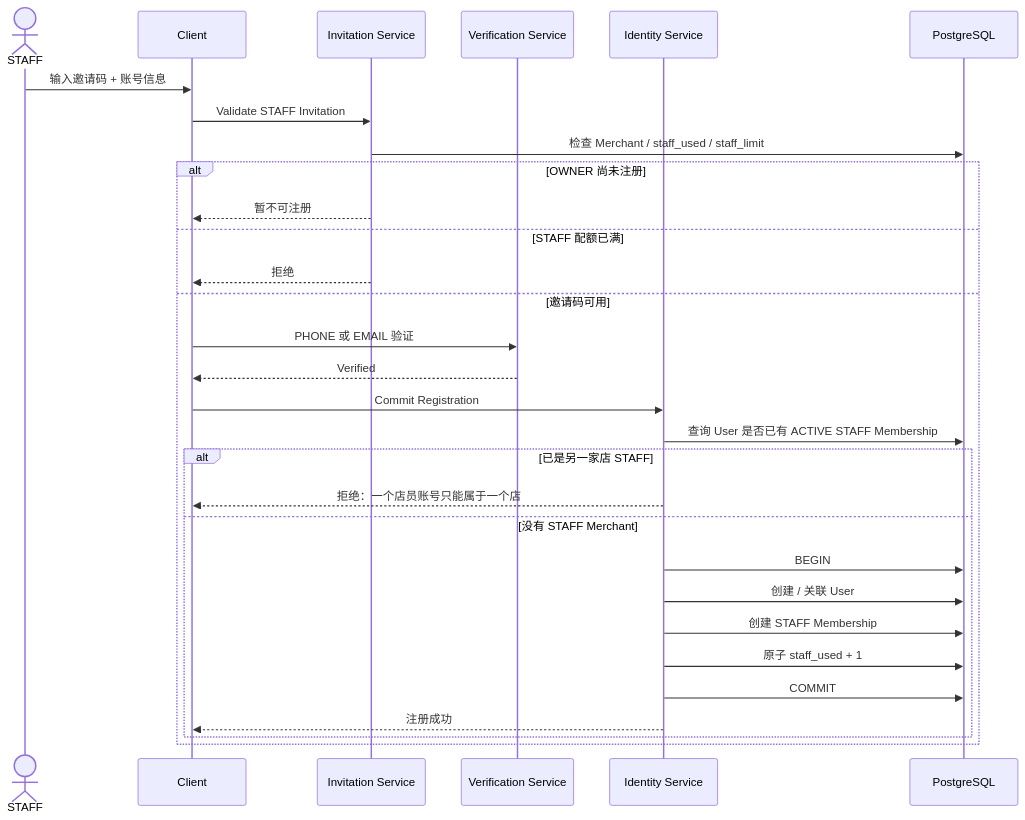
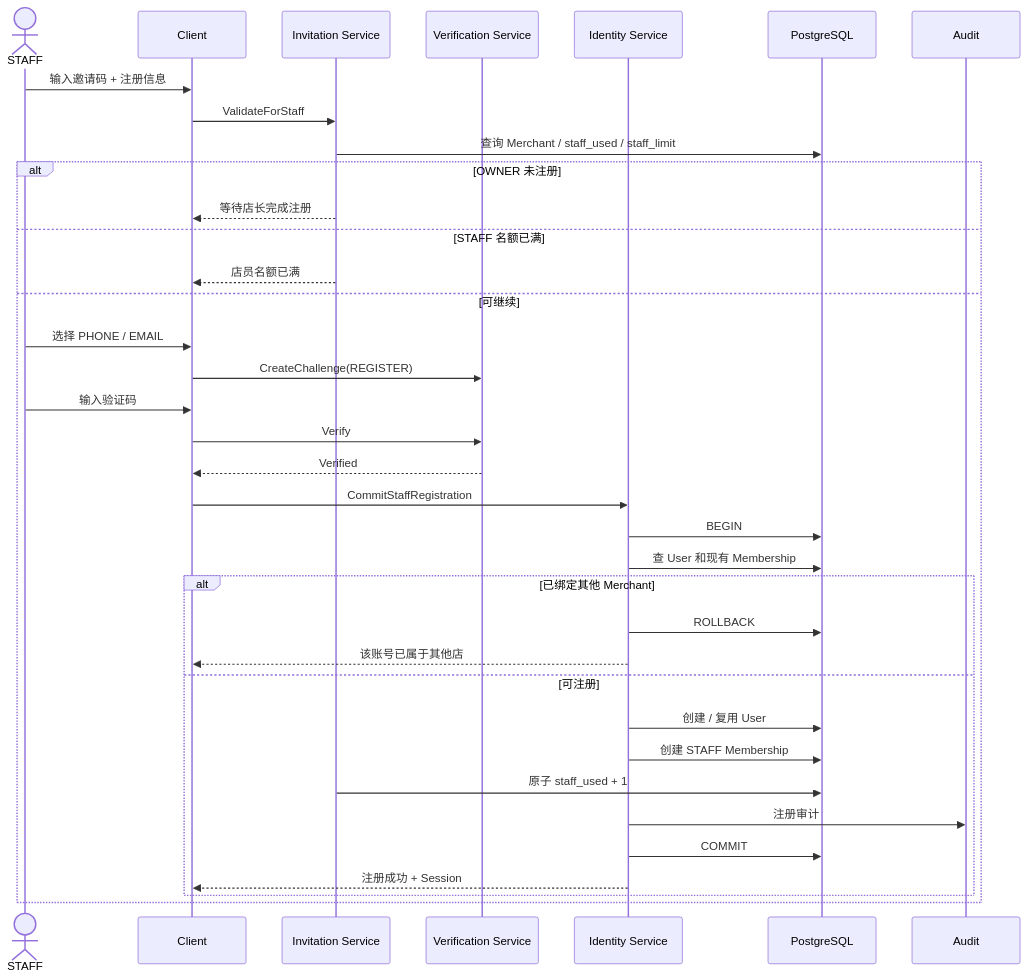
One commit to sxyq/mastergoods changed the fourth of 5 diagrams in docs/system-design/01-账户与身份/01-注册与邀请码.md. Above: the diagram before and after it, drawn with Mermaid. The commit also changed other lines of this file and 4 other files, not shown here.

````diff
--- a/docs/system-design/01-账户与身份/01-注册与邀请码.md
+++ b/docs/system-design/01-账户与身份/01-注册与邀请码.md
@@ -39,35 +127,42 @@
 ```mermaid
 sequenceDiagram
     actor S as STAFF
     participant C as Client
     participant INV as Invitation Service
     participant VERIFY as Verification Service
     participant IAM as Identity Service
     participant DB as PostgreSQL
+    participant AUDIT as Audit
 
-    S->>C: 输入邀请码 + 账号信息
-    C->>INV: Validate STAFF Invitation
-    INV->>DB: 检查 Merchant / staff_used / staff_limit
+    S->>C: 输入邀请码 + 注册信息
+    C->>INV: ValidateForStaff
+    INV->>DB: 查询 Merchant / staff_used / staff_limit
 
-    alt OWNER 尚未注册
-        INV-->>C: 暂不可注册
-    else STAFF 配额已满
-        INV-->>C: 拒绝
-    else 邀请码可用
-        C->>VERIFY: PHONE 或 EMAIL 验证
+    alt OWNER 未注册
+        INV-->>C: 等待店长完成注册
+    else STAFF 名额已满
+        INV-->>C: 店员名额已满
+    else 可继续
+        S->>C: 选择 PHONE / EMAIL
+        C->>VERIFY: CreateChallenge(REGISTER)
+        S->>C: 输入验证码
+        C->>VERIFY: Verify
         VERIFY-->>C: Verified
-        C->>IAM: Commit Registration
-        IAM->>DB: 查询 User 是否已有 ACTIVE STAFF Membership
 
-        alt 已是另一家店 STAFF
-            IAM-->>C: 拒绝：一个店员账号只能属于一个店
-        else 没有 STAFF Merchant
-            IAM->>DB: BEGIN
-            IAM->>DB: 创建 / 关联 User
+        C->>IAM: CommitStaffRegistration
+        IAM->>DB: BEGIN
+        IAM->>DB: 查 User 和现有 Membership
+
+        alt 已绑定其他 Merchant
+            IAM->>DB: ROLLBACK
+            IAM-->>C: 该账号已属于其他店
+        else 可注册
+            IAM->>DB: 创建 / 复用 User
             IAM->>DB: 创建 STAFF Membership
-            IAM->>DB: 原子 staff_used + 1
+            INV->>DB: 原子 staff_used + 1
+            IAM->>AUDIT: 注册审计
             IAM->>DB: COMMIT
-            IAM-->>C: 注册成功
+            IAM-->>C: 注册成功 + Session
         end
     end
 ```
````
